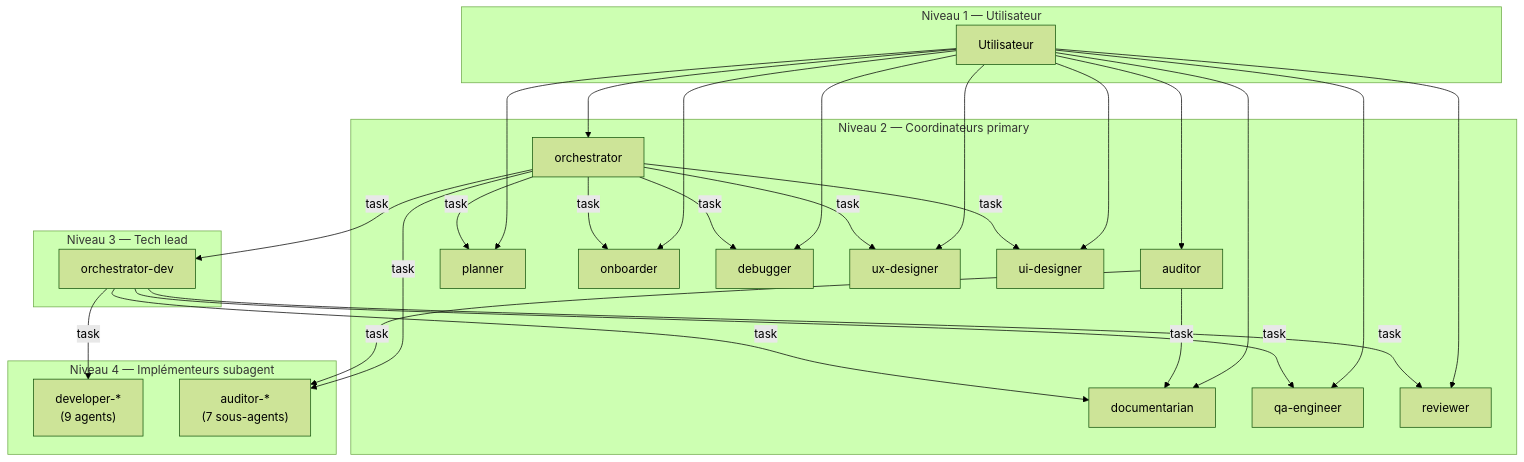
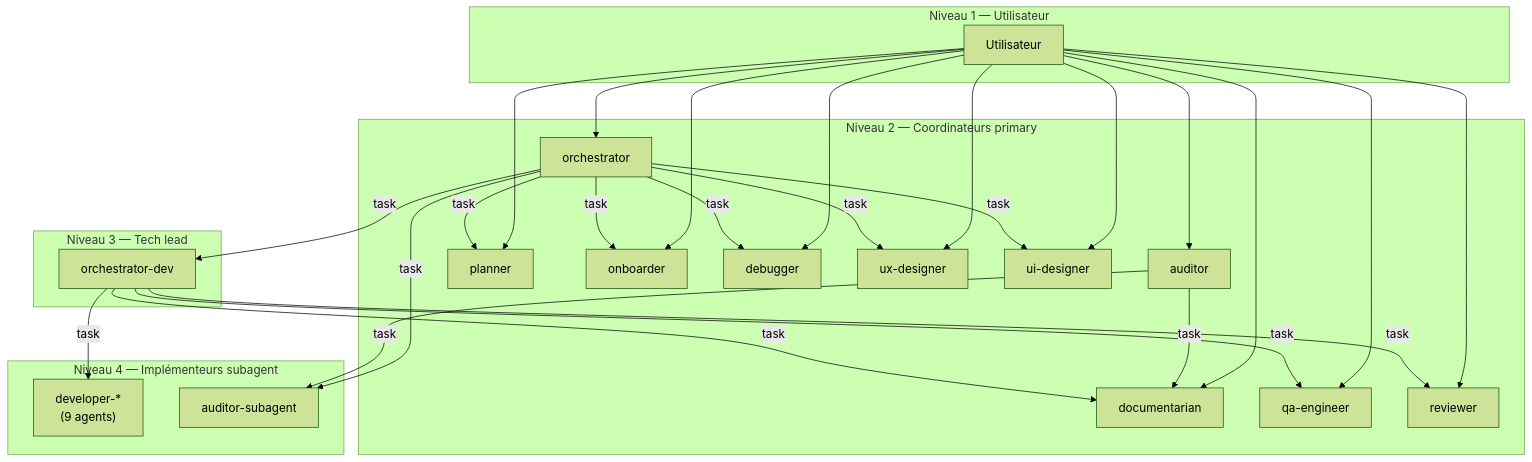
Before and after one commit to datichb/openhub: the first of 3 diagrams in docs/architecture/task-delegation.fr.md, drawn with Mermaid (forest theme). The commit also changed other lines of this file and 53 other files, not shown here.

First line of the commit message:
feat(auditor): consolidate auditor-* into single auditor-subagent (ADR-017)

````diff
--- a/docs/architecture/task-delegation.fr.md
+++ b/docs/architecture/task-delegation.fr.md
@@ -94,55 +94,55 @@
 ```mermaid
 flowchart TB
     subgraph L1["Niveau 1 — Utilisateur"]
         U[Utilisateur]
     end
 
     subgraph L2["Niveau 2 — Coordinateurs primary"]
         O[orchestrator]
         A[auditor]
         PL[planner]
         ON[onboarder]
         DB[debugger]
         UX[ux-designer]
         UI[ui-designer]
         DOC[documentarian]
         QA[qa-engineer]
         R[reviewer]
     end
 
     subgraph L3["Niveau 3 — Tech lead"]
         OD[orchestrator-dev]
     end
 
     subgraph L4["Niveau 4 — Implémenteurs subagent"]
         DEV["developer-*<br/>(9 agents)"]
-        AUD["auditor-*<br/>(7 sous-agents)"]
+        AUD["auditor-subagent"]
     end
 
     U --> O
     U --> A
     U --> PL
     U --> ON
     U --> DB
     U --> UX
     U --> UI
     U --> DOC
     U --> QA
     U --> R
 
     O -->|task| PL
     O -->|task| ON
     O -->|task| UX
     O -->|task| UI
     O -->|task| AUD
     O -->|task| OD
     O -->|task| DB
 
     A -->|task| AUD
     A -->|task| DOC
 
     OD -->|task| DEV
     OD -->|task| QA
     OD -->|task| R
     OD -->|task| DOC
 ```
````
